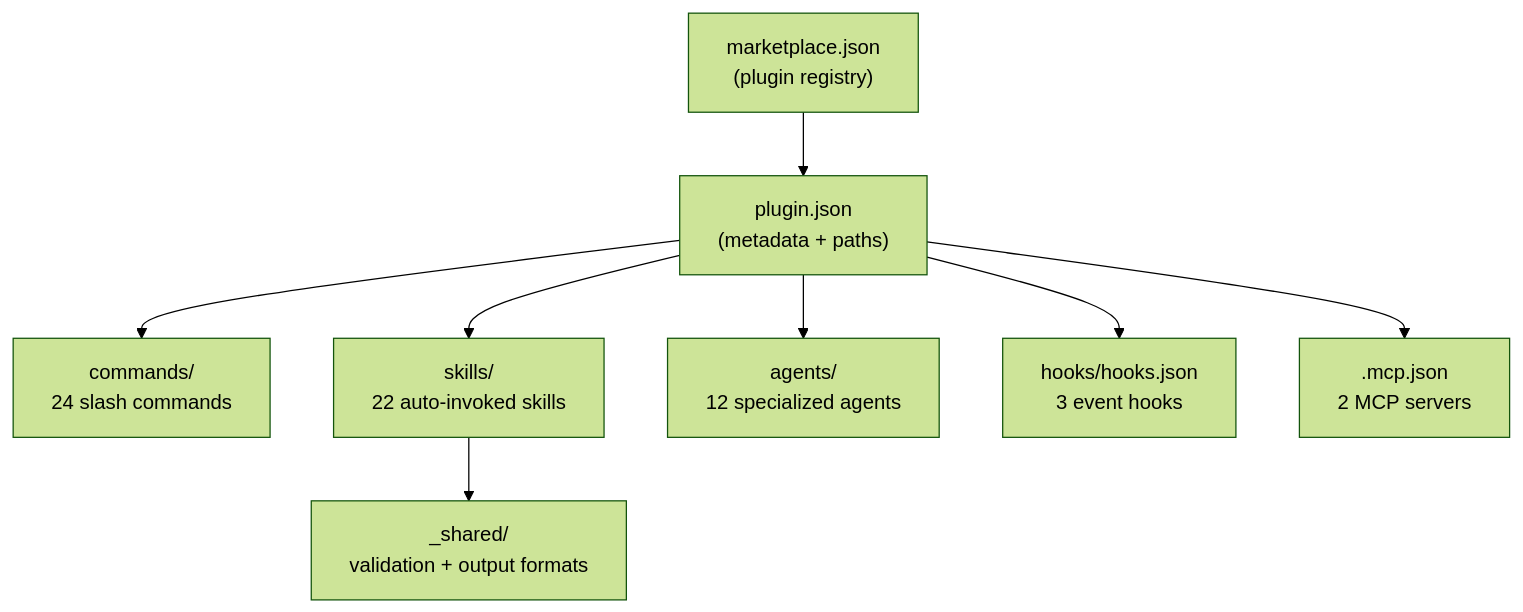
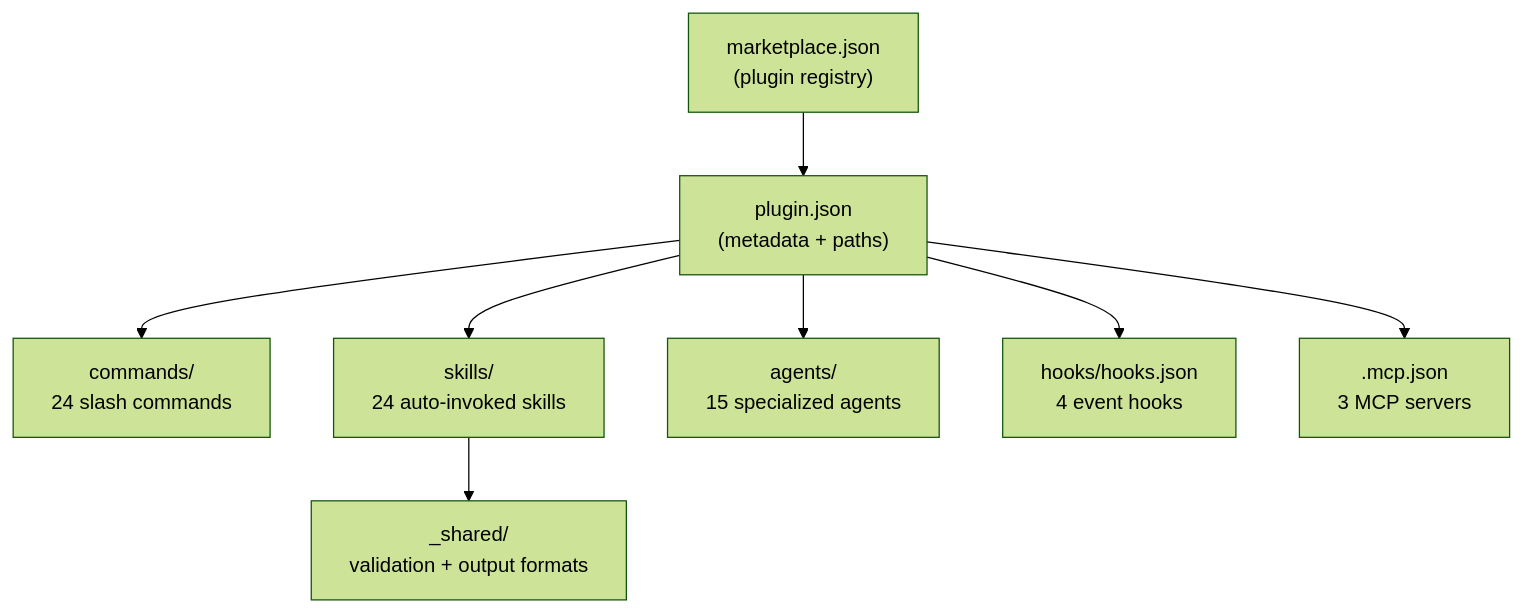
The first of 6 diagrams in ARCHITECTURE.md (Brite-Nites/brite-claude-plugins), drawn with Mermaid (forest theme) before and after one commit. The commit also changed 12 other files, not shown here.

First line of the commit message:
docs: version/metadata truth sweep — README, ARCHITECTURE, manifests, §2b desc/URL lint, release.sh bash-3.2 fix (BC-16293) (#535)

````diff
--- a/ARCHITECTURE.md
+++ b/ARCHITECTURE.md
@@ -7,10 +7,10 @@
 ```mermaid
 graph TD
     MP["marketplace.json<br/>(plugin registry)"] --> PJ["plugin.json<br/>(metadata + paths)"]
     PJ --> CMD["commands/<br/>24 slash commands"]
-    PJ --> SKL["skills/<br/>22 auto-invoked skills"]
-    PJ --> AGT["agents/<br/>12 specialized agents"]
-    PJ --> HK["hooks/hooks.json<br/>3 event hooks"]
-    PJ --> MCP[".mcp.json<br/>2 MCP servers"]
+    PJ --> SKL["skills/<br/>24 auto-invoked skills"]
+    PJ --> AGT["agents/<br/>15 specialized agents"]
+    PJ --> HK["hooks/hooks.json<br/>4 event hooks"]
+    PJ --> MCP[".mcp.json<br/>3 MCP servers"]
     SKL --> SH["_shared/<br/>validation + output formats"]
 ```
````
